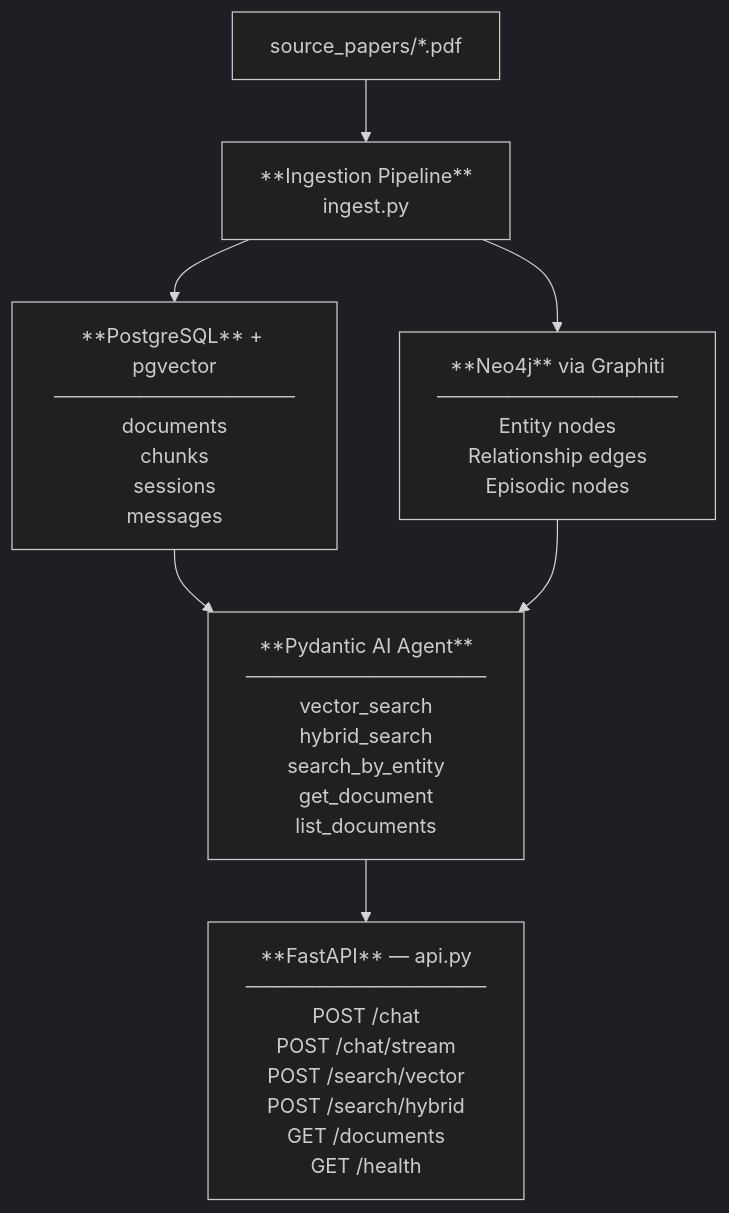
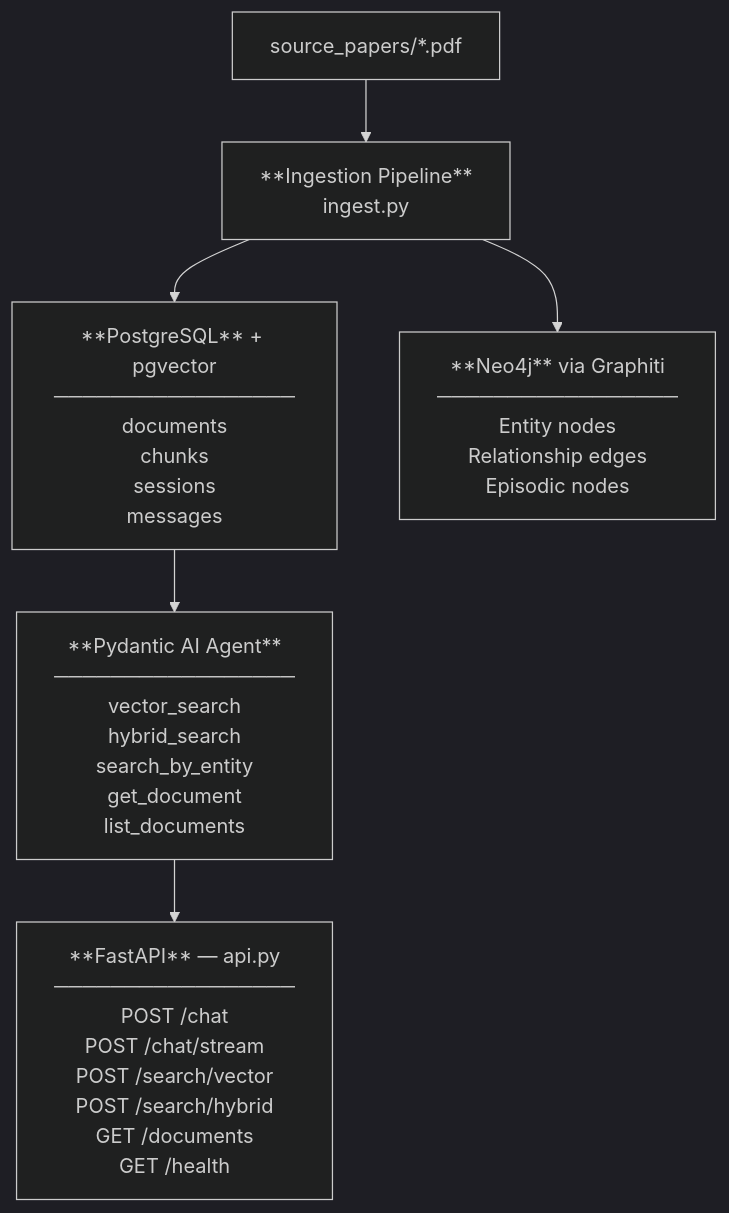
Before and after one commit to LinDijkhuis/ITHD-Project-AI-serum-free-culture: the third of 3 diagrams in technical_doc.md, drawn with Mermaid (dark theme). The commit also changed other lines of this file, not shown here.

Commit message:
Refine technical documentation for clarity and detail on project status and system architecture

````diff
--- a/technical_doc.md
+++ b/technical_doc.md
@@ -438,22 +441,22 @@
 ```mermaid
 flowchart TD
     A["source_papers/*.pdf"]
     A --> B
 
     B["**Ingestion Pipeline**\ningest.py"]
     B --> C
     B --> D
 
     C["**PostgreSQL** + pgvector\n─────────────────\ndocuments\nchunks\nsessions\nmessages"]
 
     D["**Neo4j** via Graphiti\n─────────────────\nEntity nodes\nRelationship edges\nEpisodic nodes"]
 
     C --> E
-    D --> E
+  
 
     E["**Pydantic AI Agent**\n─────────────────\nvector_search\nhybrid_search\nsearch_by_entity\nget_document\nlist_documents"]
 
     E --> F
 
     F["**FastAPI** — api.py\n─────────────────\nPOST /chat\nPOST /chat/stream\nPOST /search/vector\nPOST /search/hybrid\nGET  /documents\nGET  /health"]
 ```
````
